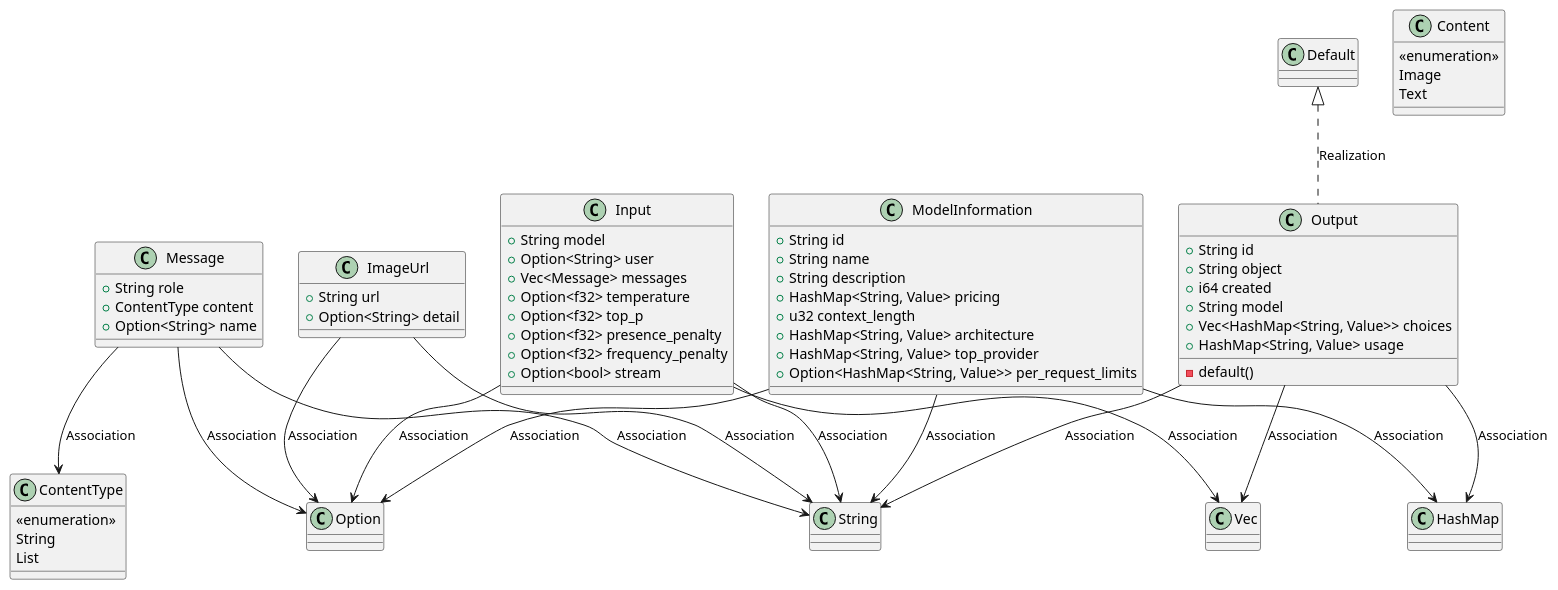
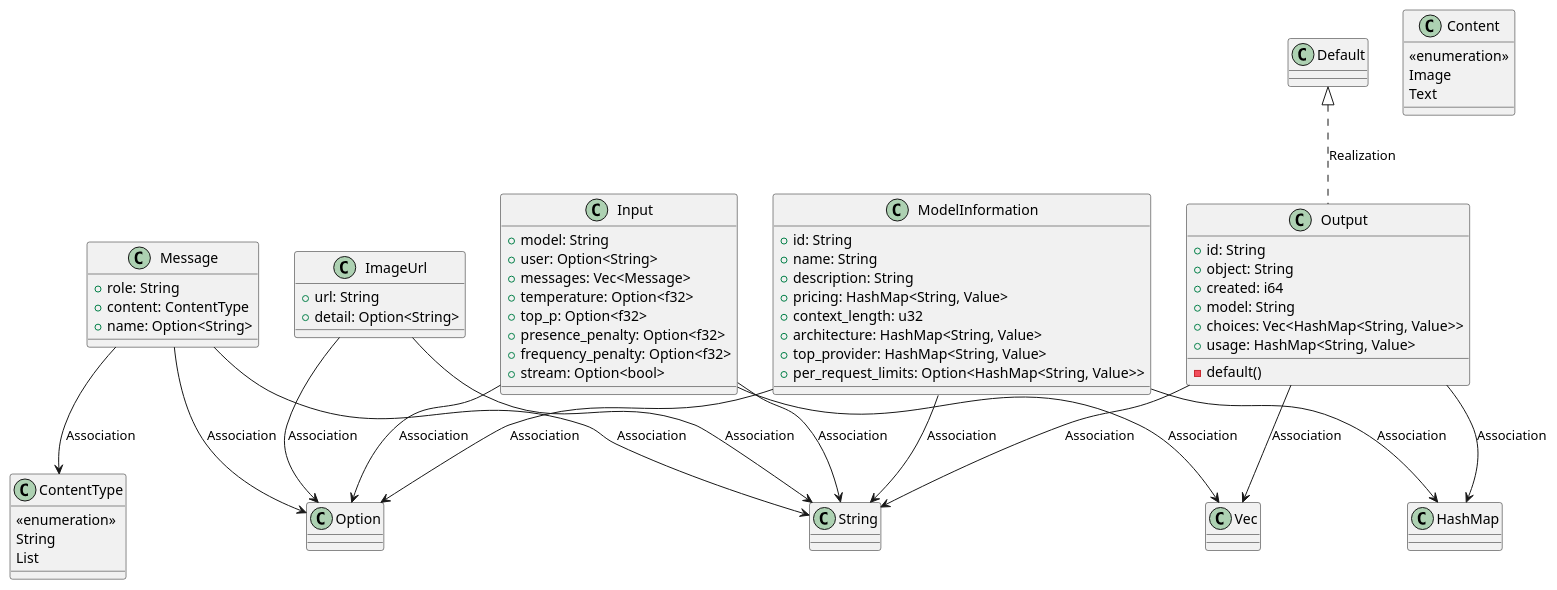
The first of 2 diagrams in openwiki/modules/src/application/dtos.md (lgcorzo/fastapi-autogen-team), drawn with PlantUML before and after one commit. The commit also changed other lines of this file and 56 other files, not shown here.

Commit message:
Fix plantuml generics and field extraction

````diff
--- a/openwiki/modules/src/application/dtos.md
+++ b/openwiki/modules/src/application/dtos.md
@@ -26,67 +26,67 @@
 ```plantuml
 @startuml
     class ImageUrl {
-        +String url
-        +Option<String> detail
+        +url: String
+        +detail: Option<String>
     }
     class Content {
         <<enumeration>>
         Image
         Text
     }
     class ModelInformation {
-        +String id
-        +String name
-        +String description
-        +HashMap<String, Value> pricing
-        +u32 context_length
-        +HashMap<String, Value> architecture
-        +HashMap<String, Value> top_provider
-        +Option<HashMap<String, Value>> per_request_limits
+        +id: String
+        +name: String
+        +description: String
+        +pricing: HashMap<String, Value>
+        +context_length: u32
+        +architecture: HashMap<String, Value>
+        +top_provider: HashMap<String, Value>
+        +per_request_limits: Option<HashMap<String, Value>>
     }
     class Message {
-        +String role
-        +ContentType content
-        +Option<String> name
+        +role: String
+        +content: ContentType
+        +name: Option<String>
     }
     class ContentType {
         <<enumeration>>
         String
         List
     }
     class Input {
-        +String model
-        +Option<String> user
-        +Vec<Message> messages
-        +Option<f32> temperature
-        +Option<f32> top_p
-        +Option<f32> presence_penalty
-        +Option<f32> frequency_penalty
-        +Option<bool> stream
+        +model: String
+        +user: Option<String>
+        +messages: Vec<Message>
+        +temperature: Option<f32>
+        +top_p: Option<f32>
+        +presence_penalty: Option<f32>
+        +frequency_penalty: Option<f32>
+        +stream: Option<bool>
     }
     class Output {
-        +String id
-        +String object
-        +i64 created
-        +String model
-        +Vec<HashMap<String, Value>> choices
-        +HashMap<String, Value> usage
+        +id: String
+        +object: String
+        +created: i64
+        +model: String
+        +choices: Vec<HashMap<String, Value>>
+        +usage: HashMap<String, Value>
         -default()
     }
     Default <|.. Output : Realization
     ImageUrl --> Option : Association
     ImageUrl --> String : Association
     Input --> Option : Association
     Input --> String : Association
     Input --> Vec : Association
     Message --> ContentType : Association
     Message --> Option : Association
     Message --> String : Association
     ModelInformation --> HashMap : Association
     ModelInformation --> Option : Association
     ModelInformation --> String : Association
     Output --> HashMap : Association
     Output --> String : Association
     Output --> Vec : Association
 @enduml
 ```
````
